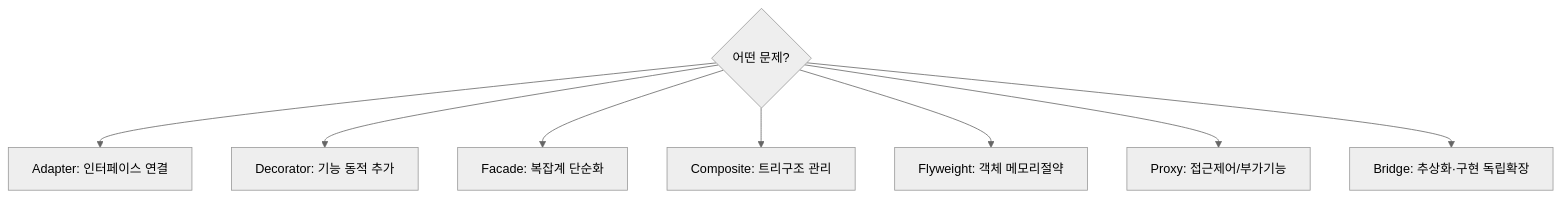
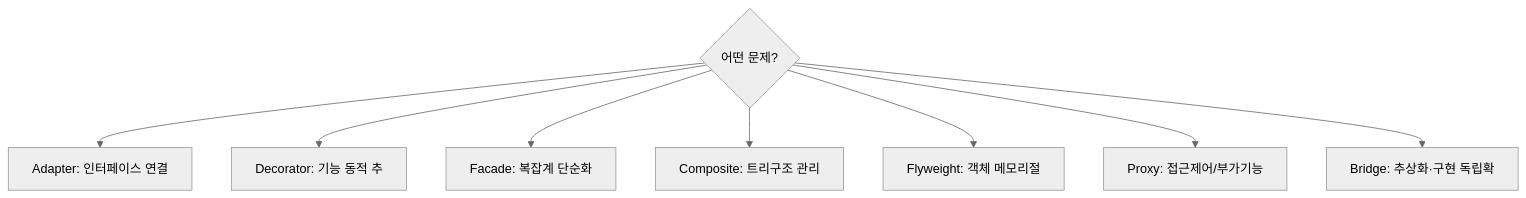
One commit to yjkim2015/yjkim2015.github.io changed the seventh of 7 diagrams in _posts/designPattern/2022-01-25-DesignPattern.md. Above: the diagram before and after it, drawn with Mermaid (neutral theme). The commit also changed other lines of this file and 271 other files, not shown here.

First line of the commit message:
Mermaid 라벨 축소: 긴 노드 텍스트 18자 이하로 트림 + \n 제거

````diff
--- a/_posts/designPattern/2022-01-25-DesignPattern.md
+++ b/_posts/designPattern/2022-01-25-DesignPattern.md
@@ -284,11 +284,11 @@
 ```mermaid
 flowchart TD
     Q{"어떤 문제?"}
     Q --> A1["Adapter: 인터페이스 연결"]
-    Q --> B1["Decorator: 기능 동적 추가"]
+    Q --> B1["Decorator: 기능 동적 추"]
     Q --> C1["Facade: 복잡계 단순화"]
     Q --> D1["Composite: 트리구조 관리"]
-    Q --> E1["Flyweight: 객체 메모리절약"]
+    Q --> E1["Flyweight: 객체 메모리절"]
     Q --> F1["Proxy: 접근제어/부가기능"]
-    Q --> G1["Bridge: 추상화·구현 독립확장"]
+    Q --> G1["Bridge: 추상화·구현 독립확"]
 ```
````
